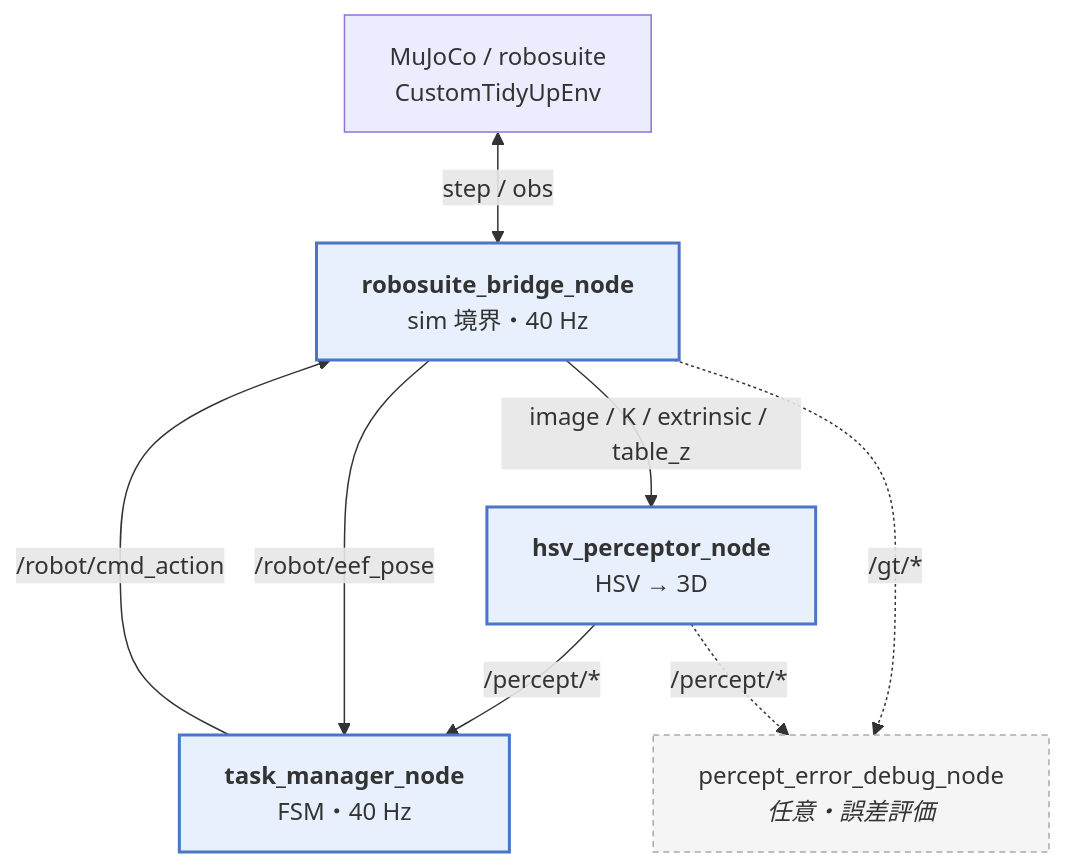
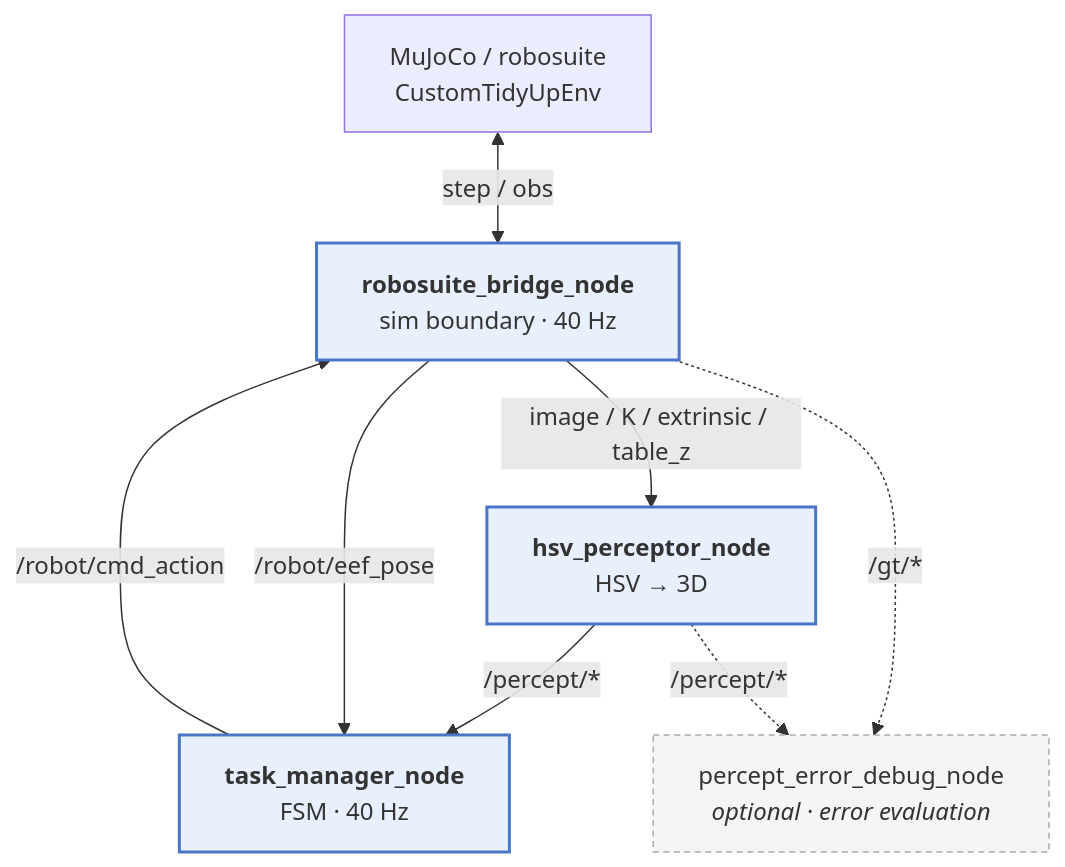
Before and after one commit to mimimimi2002/libero-ros2: the diagram in README.md, drawn with Mermaid. The commit also changed other lines of this file, not shown here.

````diff
--- a/README.md
+++ b/README.md
@@ -72,22 +71,22 @@
 ```mermaid
 flowchart TD
     SIM["MuJoCo / robosuite<br/>CustomTidyUpEnv"]
 
-    BR["<b>robosuite_bridge_node</b><br/>sim 境界・40 Hz"]
+    BR["<b>robosuite_bridge_node</b><br/>sim boundary · 40 Hz"]
     HSV["<b>hsv_perceptor_node</b><br/>HSV → 3D"]
-    TM["<b>task_manager_node</b><br/>FSM・40 Hz"]
-    DBG["percept_error_debug_node<br/><i>任意・誤差評価</i>"]
+    TM["<b>task_manager_node</b><br/>FSM · 40 Hz"]
+    DBG["percept_error_debug_node<br/><i>optional · error evaluation</i>"]
 
     SIM <-->|"step / obs"| BR
     BR -->|"image / K / extrinsic / table_z"| HSV
     HSV -->|"/percept/*"| TM
     BR -->|"/robot/eef_pose"| TM
     TM -->|"/robot/cmd_action"| BR
     BR -.->|"/gt/*"| DBG
     HSV -.->|"/percept/*"| DBG
 
     classDef main fill:#e8f0fe,stroke:#4a76c8,stroke-width:2px
     classDef opt fill:#f5f5f5,stroke:#aaa,stroke-dasharray:4 3
     class BR,HSV,TM main
     class DBG opt
 ```
````
